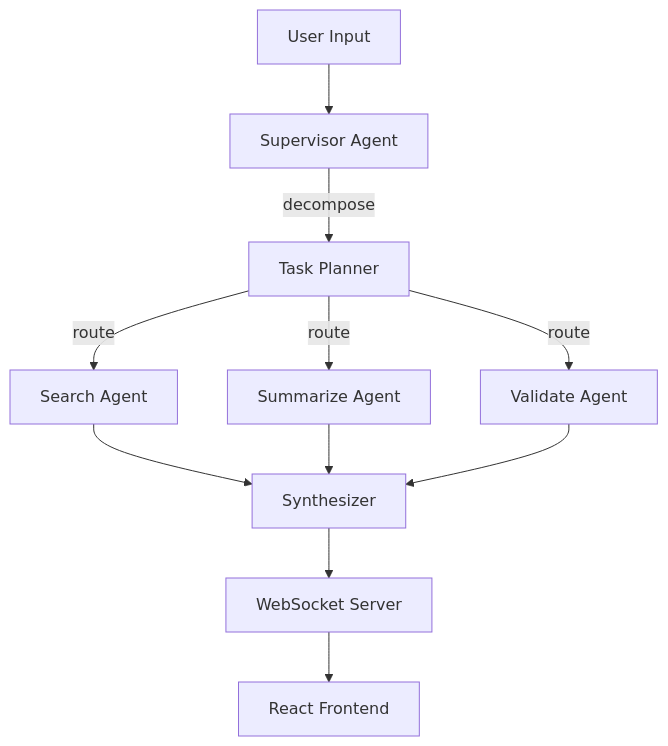
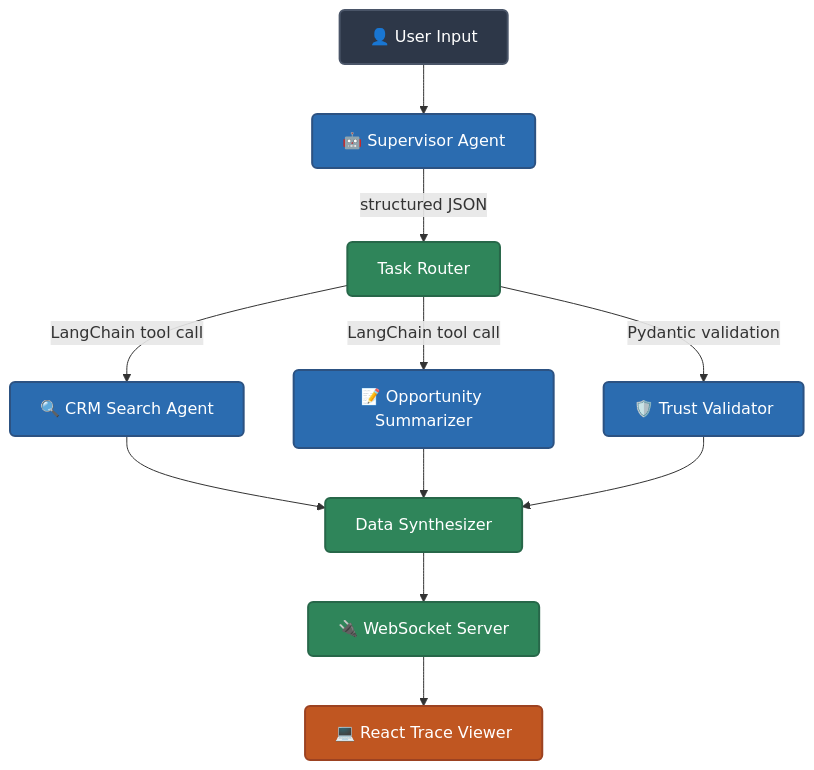
One commit to venkatasivanaga/AgentOS changed the diagram in README.md. Above: the diagram before and after it, drawn with Mermaid. The commit also changed other lines of this file and 6903 other files, not shown here.

````diff
--- a/README.md
+++ b/README.md
@@ -8,13 +28,19 @@
 ```mermaid
 graph TD
-    U[User Input] --> S[Supervisor Agent]
-    S -->|decompose| P[Task Planner]
-    P -->|route| A1[Search Agent]
-    P -->|route| A2[Summarize Agent]
-    P -->|route| A3[Validate Agent]
-    A1 --> SY[Synthesizer]
+    %% Styling
+    classDef user fill:#2d3748,stroke:#4a5568,stroke-width:2px,color:#fff,rx:5px,ry:5px;
+    classDef agent fill:#2b6cb0,stroke:#2c5282,stroke-width:2px,color:#fff,rx:5px,ry:5px;
+    classDef system fill:#2f855a,stroke:#276749,stroke-width:2px,color:#fff,rx:5px,ry:5px;
+    classDef ui fill:#c05621,stroke:#9c4221,stroke-width:2px,color:#fff,rx:5px,ry:5px;
+
+    U[👤 User Input]:::user --> S[🤖 Supervisor Agent]:::agent
+    S -->|structured JSON| P[Task Router]:::system
+    P -->|LangChain tool call| A1[🔍 CRM Search Agent]:::agent
+    P -->|LangChain tool call| A2[📝 Opportunity Summarizer]:::agent
+    P -->|Pydantic validation| A3[🛡️ Trust Validator]:::agent
+    A1 --> SY[Data Synthesizer]:::system
     A2 --> SY
     A3 --> SY
-    SY --> WS[WebSocket Server]
-    WS --> R[React Frontend]
-```
+    SY --> WS[🔌 WebSocket Server]:::system
+    WS --> R[💻 React Trace Viewer]:::ui
+  ```
````
